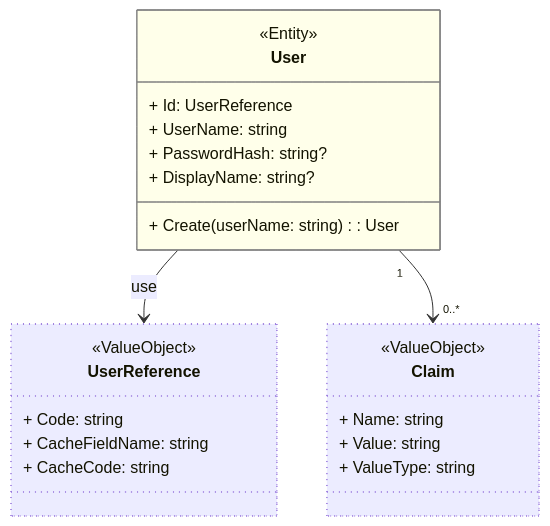
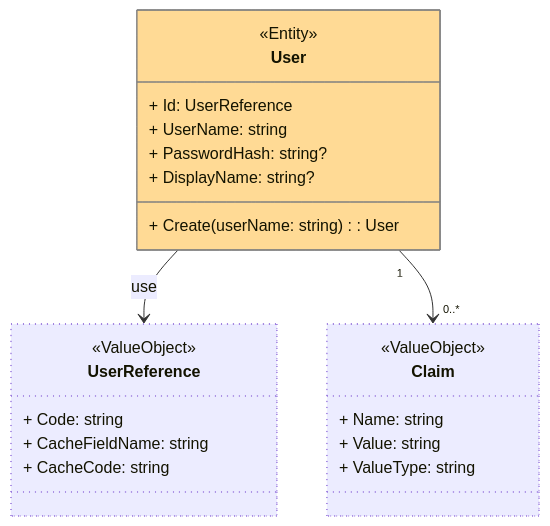
The diagram in UML/Domain.User.md (sdlfly2000/AuthenticationServer), drawn with Mermaid before and after one commit. The commit also changed 1 other file, not shown here.

Commit message:
update format

````diff
--- a/UML/Domain.User.md
+++ b/UML/Domain.User.md
@@ -3,44 +3,42 @@
 ```mermaid
 ---
 config:
     class:
         hideEmptyMembersBox: true
 ---
 
 
 classDiagram
 
 User --> UserReference : use
 User "1" --> "0..*" Claim
 
 class User:::Entity {
     <<Entity>>
     + Id: UserReference
     + UserName: string
     + PasswordHash: string?
     + DisplayName: string?
     + Create(userName: string): User
 }
 
 class UserReference:::ValueObject {
     <<ValueObject>>
     + Code: string
     + CacheFieldName: string
     + CacheCode: string
 }
 
 class Claim:::ValueObject {
     <<ValueObject>>
     + Name: string
     + Value: string
     + ValueType: string
 }
 
 %%{Format}%%
-classDef Entity: stroke-width: 1px, stroke-dasharray: none, stroke: #808080ff, fill: #ffffeaff, color: #00000000;
+classDef Entity: stroke-width: 1px, stroke-dasharray: none, stroke: #808080ff, fill: #ffda95ff 
 
 classDef ValueObject: stroke-width: 1px, stroke-dasharray: 1 5
 
-classDef Interface: stroke-width: 1px, stroke-dasharray: 1 5, fill: #dfdfdfff, color: #00000000;
-
 ```
````
